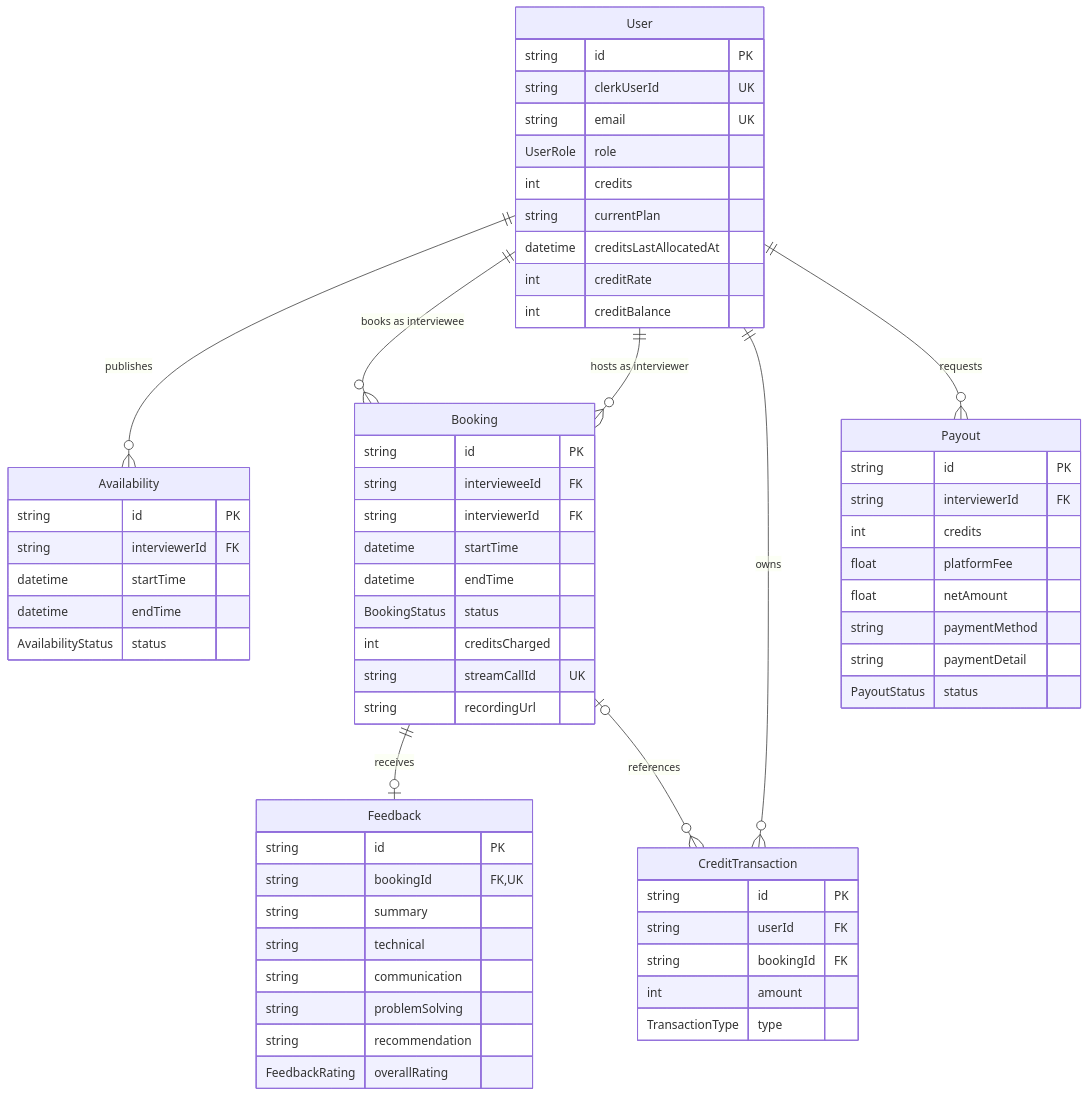
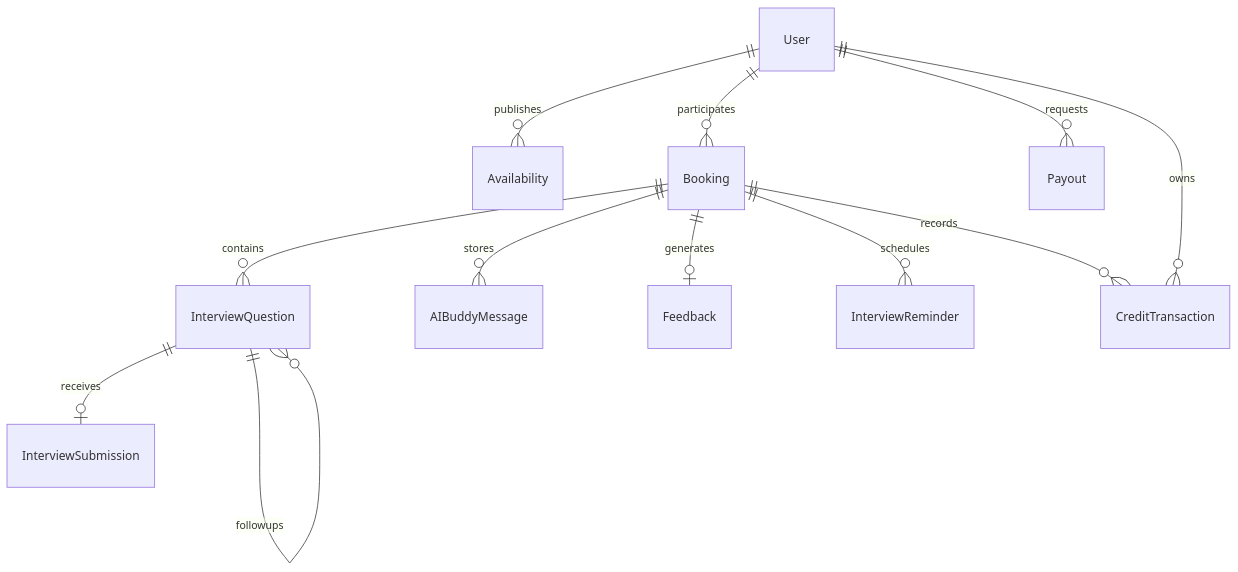
The fifth of 5 diagrams in README.md (shaurya2425/AI_INTERVIEW_PLATFORM), drawn with Mermaid before and after one commit. The commit also changed other lines of this file, not shown here.

````diff
--- a/README.md
+++ b/README.md
@@ -284,66 +330,14 @@
 ```mermaid
-erDiagram
+ erDiagram
     User ||--o{ Availability : publishes
-    User ||--o{ Booking : "books as interviewee"
-    User ||--o{ Booking : "hosts as interviewer"
+    User ||--o{ Booking : participates
+    Booking ||--o{ InterviewQuestion : contains
+    InterviewQuestion ||--o| InterviewSubmission : receives
+    InterviewQuestion ||--o{ InterviewQuestion : followups
+    Booking ||--o{ AIBuddyMessage : stores
+    Booking ||--o| Feedback : generates
+    Booking ||--o{ InterviewReminder : schedules
+    Booking ||--o{ CreditTransaction : records
     User ||--o{ CreditTransaction : owns
     User ||--o{ Payout : requests
-    Booking ||--o| Feedback : receives
-    Booking o|--o{ CreditTransaction : references
-    User {
-        string id PK
-        string clerkUserId UK
-        string email UK
-        UserRole role
-        int credits
-        string currentPlan
-        datetime creditsLastAllocatedAt
-        int creditRate
-        int creditBalance
-    }
-    Availability {
-        string id PK
-        string interviewerId FK
-        datetime startTime
-        datetime endTime
-        AvailabilityStatus status
-    }
-    Booking {
-        string id PK
-        string intervieweeId FK
-        string interviewerId FK
-        datetime startTime
-        datetime endTime
-        BookingStatus status
-        int creditsCharged
-        string streamCallId UK
-        string recordingUrl
-    }
-    Feedback {
-        string id PK
-        string bookingId FK,UK
-        string summary
-        string technical
-        string communication
-        string problemSolving
-        string recommendation
-        FeedbackRating overallRating
-    }
-    CreditTransaction {
-        string id PK
-        string userId FK
-        string bookingId FK
-        int amount
-        TransactionType type
-    }
-    Payout {
-        string id PK
-        string interviewerId FK
-        int credits
-        float platformFee
-        float netAmount
-        string paymentMethod
-        string paymentDetail
-        PayoutStatus status
-    }
 ```
````
